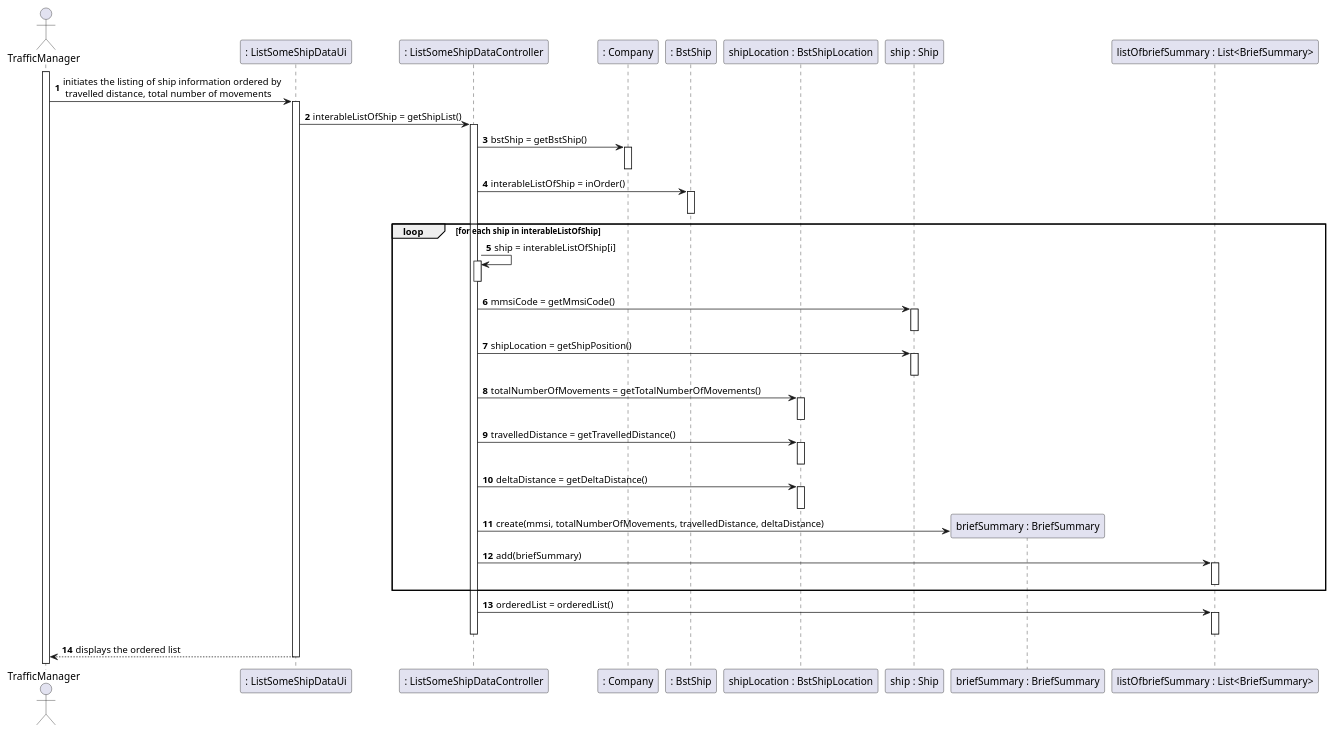
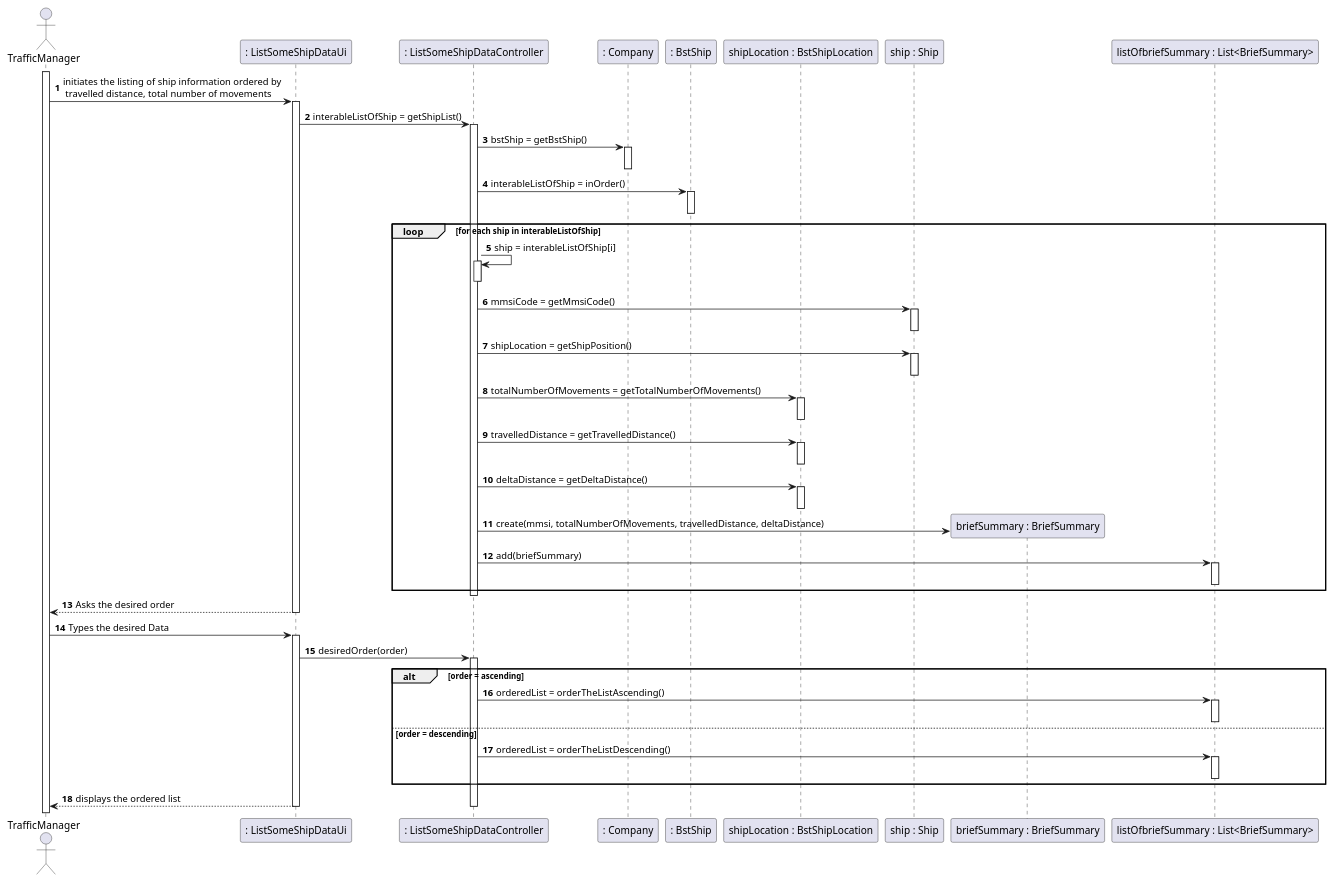
The diagram in docs/US105/US105_SD.puml (0franciscor/lapr3-2021-g042), drawn with PlantUML before and after one commit. The commit also changed 5 other files, not shown here.

```diff
--- a/docs/US105/US105_SD.puml
+++ b/docs/US105/US105_SD.puml
@@ -1,61 +1,79 @@
 @startuml
 'https://plantuml.com/sequence-diagram
 
 actor TrafficManager as TM
 participant ": ListSomeShipDataUi" as UI
 participant ": ListSomeShipDataController" as CTR
 participant ": Company" as COMP
 participant ": BstShip" as BST
 participant "shipLocation : BstShipLocation" as BSTL
 participant "ship : Ship" as SHIP
 participant "briefSummary : BriefSummary" as BS
 participant "listOfbriefSummary : List<BriefSummary>" as LIST
 
 autonumber
 activate TM
 TM -> UI: initiates the listing of ship information ordered by \n travelled distance, total number of movements
 activate UI
 UI -> CTR : interableListOfShip = getShipList()
 activate CTR
 CTR -> COMP : bstShip = getBstShip()
 activate COMP
 deactivate COMP
 CTR -> BST : interableListOfShip = inOrder()
 activate BST
 deactivate BST
 loop for each ship in interableListOfShip
 CTR -> CTR : ship = interableListOfShip[i]
 activate CTR
 deactivate CTR
 CTR -> SHIP : mmsiCode = getMmsiCode()
 activate SHIP
 deactivate SHIP
 CTR -> SHIP : shipLocation = getShipPosition()
 activate SHIP
 deactivate SHIP
 CTR -> BSTL : totalNumberOfMovements = getTotalNumberOfMovements()
 activate BSTL
 deactivate BSTL
 CTR -> BSTL : travelledDistance = getTravelledDistance()
 activate BSTL
 deactivate BSTL
 CTR -> BSTL : deltaDistance = getDeltaDistance()
 activate BSTL
 deactivate BSTL
 
 CTR -> BS** : create(mmsi, totalNumberOfMovements, travelledDistance, deltaDistance)
 CTR -> LIST : add(briefSummary)
 activate LIST
 deactivate LIST
 end
+deactivate CTR
 
-CTR-> LIST : orderedList = orderedList()
+UI --> TM : Asks the desired order
+deactivate UI
+
+
+TM -> UI : Types the desired Data
+activate UI
+
+UI -> CTR : desiredOrder(order)
+activate CTR
+
+alt order = ascending
+CTR-> LIST : orderedList = orderTheListAscending()
 activate LIST
 deactivate LIST
 
+else order = descending
+CTR-> LIST : orderedList = orderTheListDescending()
+activate LIST
+deactivate LIST
+end
+
+UI --> TM : displays the ordered list
 deactivate CTR
 
-UI --> TM : displays the ordered list
 deactivate UI
 
 @enduml
```
